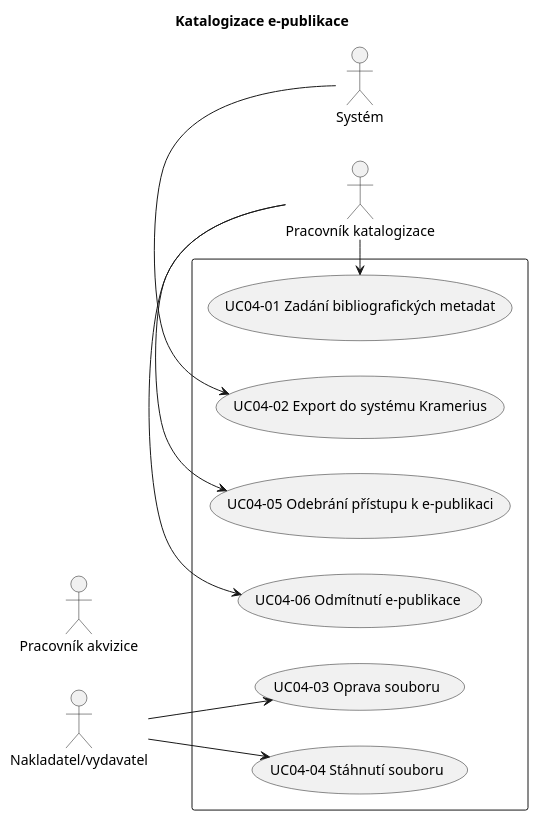
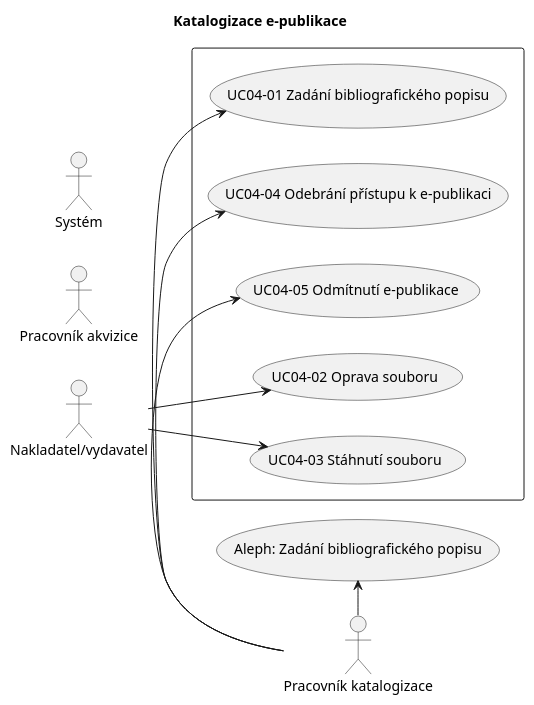
The diagram in docs/uc04.plantuml (edeposit/edeposit.policy), drawn with PlantUML before and after one commit. The commit also changed 29 other files, not shown here.

```diff
--- a/docs/uc04.plantuml
+++ b/docs/uc04.plantuml
@@ -1,20 +1,20 @@
 @startuml
 left to right direction
 title Katalogizace e-publikace
 
 skinparam packageStyle rect
 
 actor :Nakladatel/vydavatel: as nakl
 actor :Pracovník akvizice: as akv
 actor :Pracovník katalogizace: as kat
 actor :Systém: as sys
 
 rectangle  {
-	   :kat: -left-> (UC04-01 Zadání bibliografických metadat)
-	   :sys: -left-> (UC04-02 Export do systému Kramerius)
-	   :nakl: --> (UC04-03 Oprava souboru)
-	   :nakl: --> (UC04-04 Stáhnutí souboru)
-	   :kat: -left-> (UC04-05 Odebrání přístupu k e-publikaci)
-	   :kat: -left-> (UC04-06 Odmítnutí e-publikace)
+	   :kat: -left-> (UC04-01 Zadání bibliografického popisu)
+	   :nakl: --> (UC04-02 Oprava souboru)
+	   :nakl: --> (UC04-03 Stáhnutí souboru)
+	   :kat: -left-> (UC04-04 Odebrání přístupu k e-publikaci)
+	   :kat: -left-> (UC04-05 Odmítnutí e-publikace)
 }
+:kat: -left-> (Aleph: Zadání bibliografického popisu)
 @enduml
```
